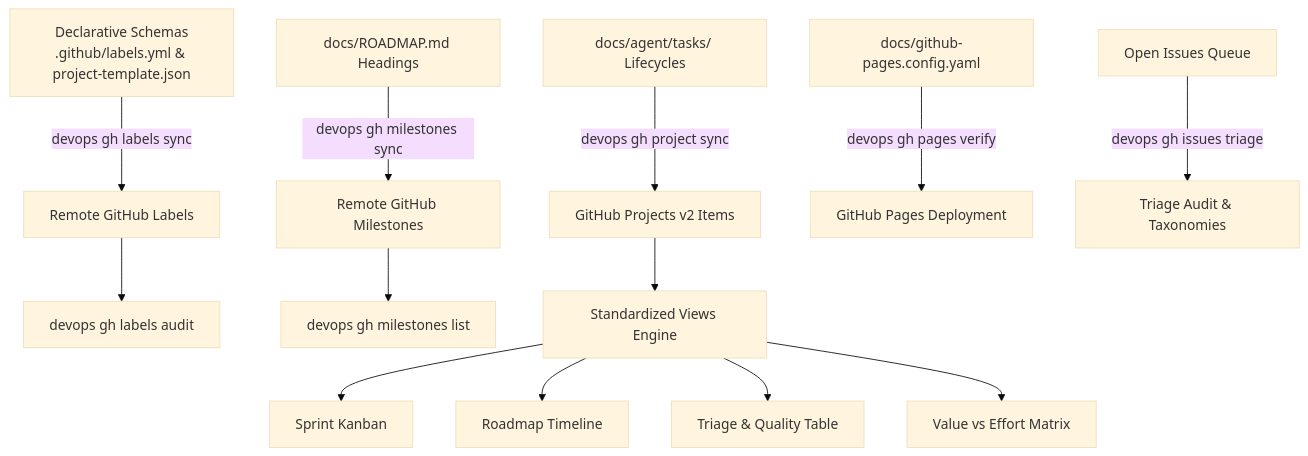
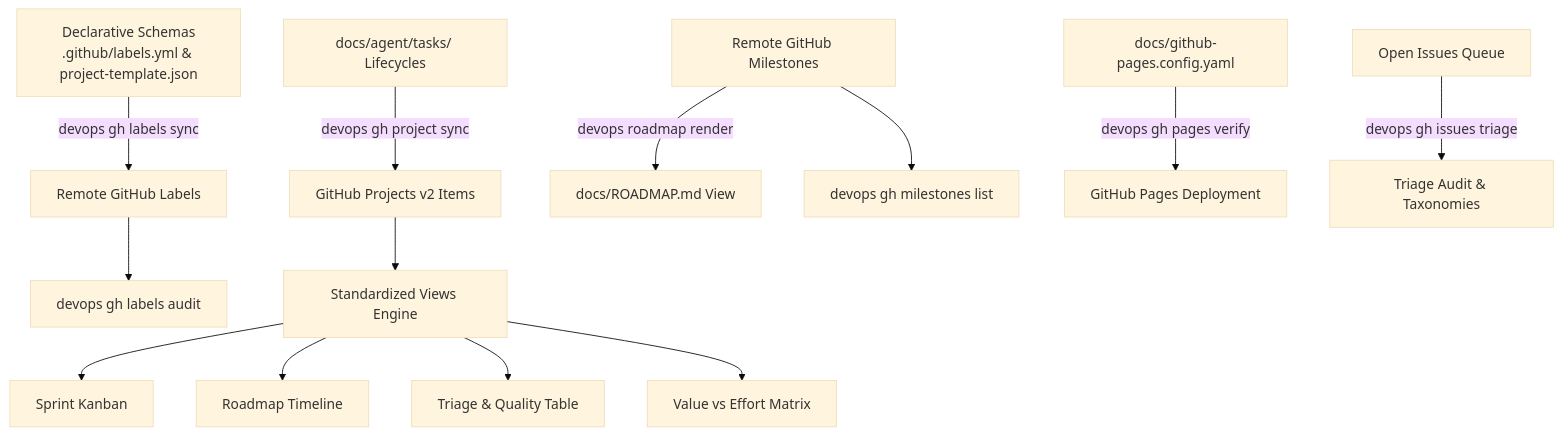
The diagram in src/devops_cli/ai/knowledge_base/devops_cli/tasks/github_project_management.md (dan-petty/devops-cli), drawn with Mermaid (base theme) before and after one commit. The commit also changed other lines of this file and 608 other files, not shown here.

````diff
--- a/src/devops_cli/ai/knowledge_base/devops_cli/tasks/github_project_management.md
+++ b/src/devops_cli/ai/knowledge_base/devops_cli/tasks/github_project_management.md
@@ -17,15 +17,15 @@
 ```mermaid
 graph TD
     A[Declarative Schemas<br/>.github/labels.yml & project-template.json] -->|devops gh labels sync| B[Remote GitHub Labels]
-    C[docs/ROADMAP.md Headings] -->|devops gh milestones sync| D[Remote GitHub Milestones]
+    D[Remote GitHub Milestones] -->|devops roadmap render| C[docs/ROADMAP.md View]
     E[docs/agent/tasks/ Lifecycles] -->|devops gh project sync| F[GitHub Projects v2 Items]
     G[docs/github-pages.config.yaml] -->|devops gh pages verify| H[GitHub Pages Deployment]
     I[Open Issues Queue] -->|devops gh issues triage| J[Triage Audit & Taxonomies]
     B --> K[devops gh labels audit]
     D --> L[devops gh milestones list]
     F --> M[Standardized Views Engine]
     M --> N[Sprint Kanban]
     M --> O[Roadmap Timeline]
     M --> P[Triage & Quality Table]
     M --> Q[Value vs Effort Matrix]
 ```
````
